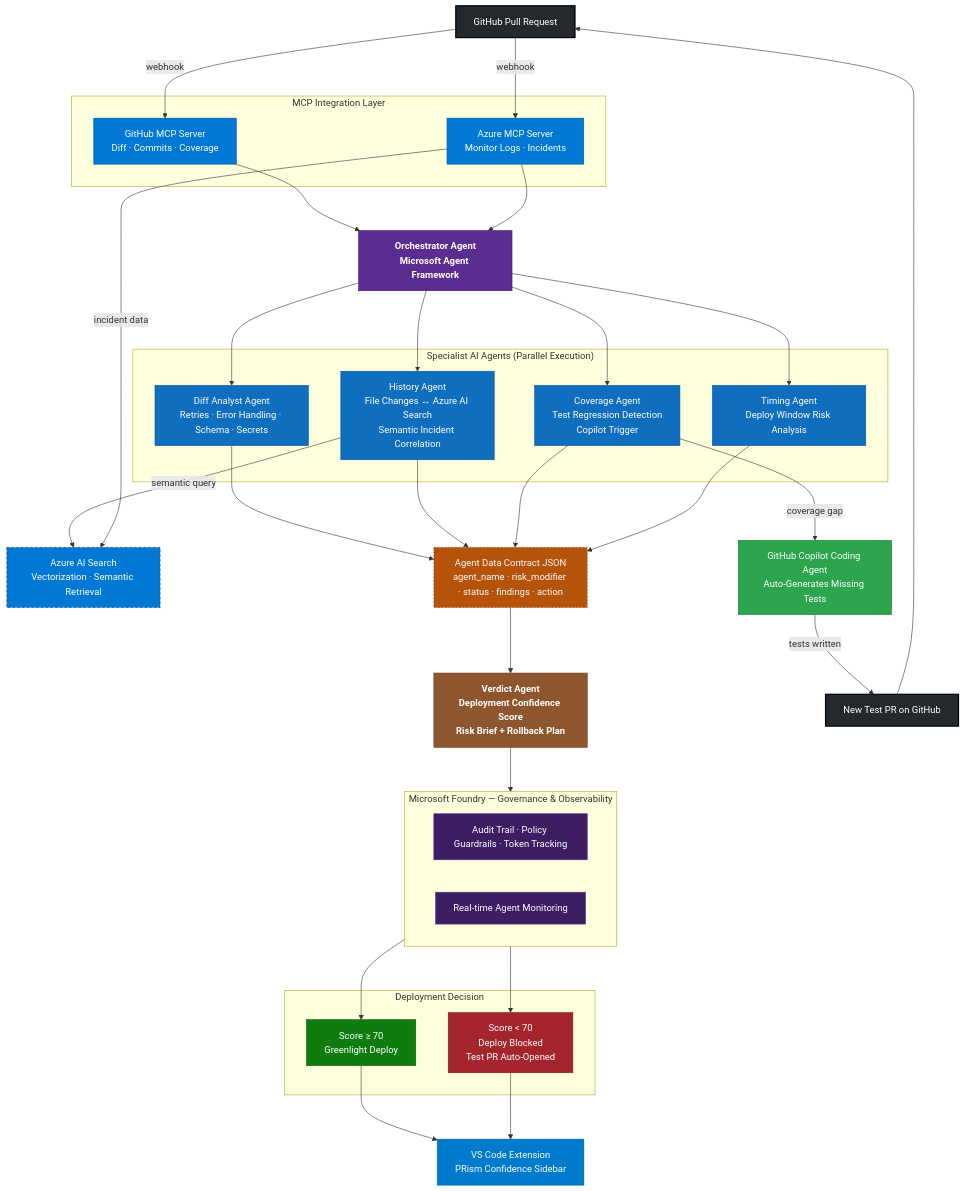
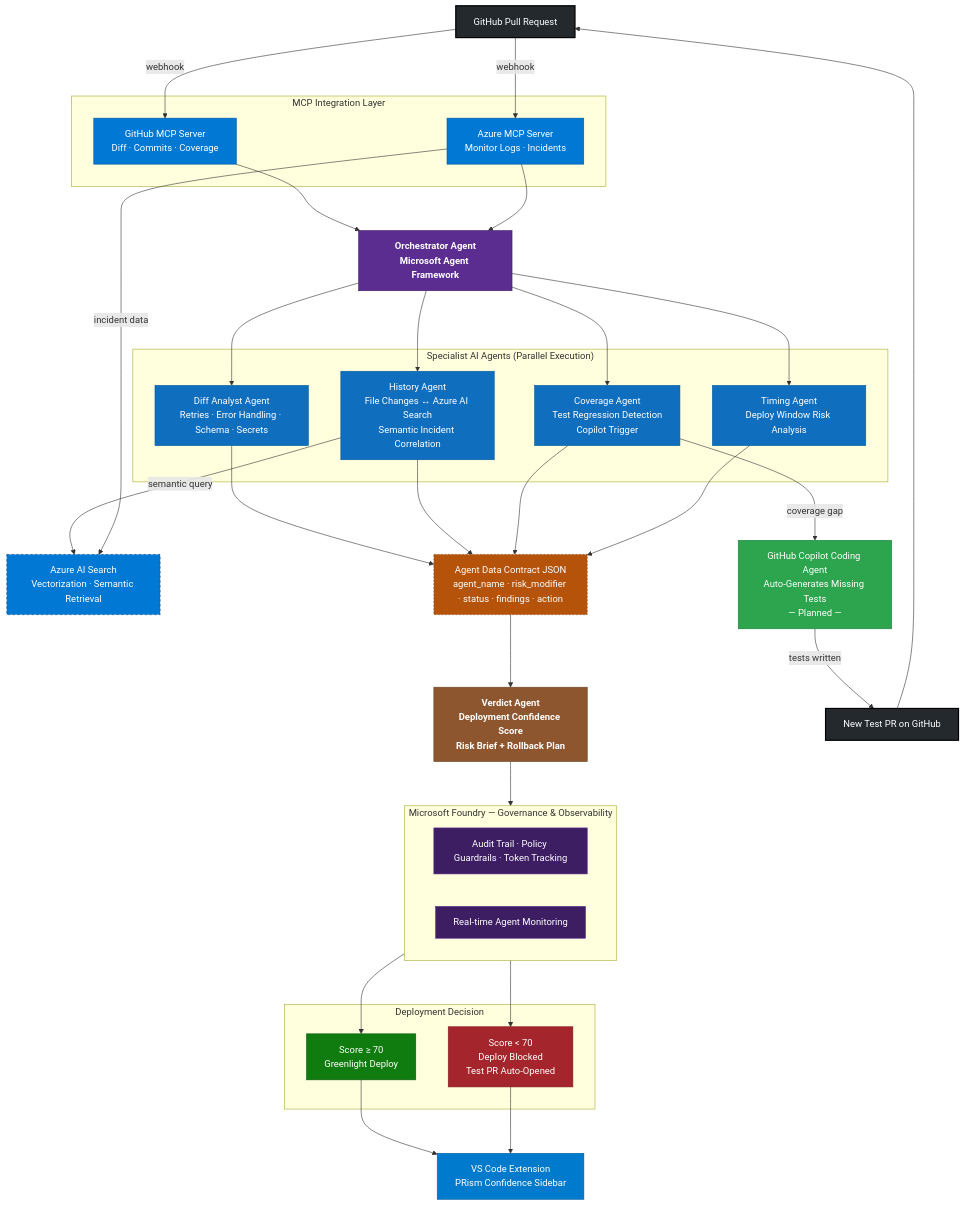
One commit to soni-ishan/PRism changed the diagram in docs/architecture.mermaid. Above: the diagram before and after it, drawn with Mermaid. The commit also changed 76 other files, not shown here.

First line of the commit message:
Enhance GitHub OAuth, Azure integration, and ingestion functionality (#77)

```diff
--- a/docs/architecture.mermaid
+++ b/docs/architecture.mermaid
@@ -1,104 +1,104 @@
 %%{init: {
   "flowchart": {
     "nodeSpacing": 55,
     "rankSpacing": 75,
     "diagramPadding": 25,
     "curve": "basis"
   }
 }}%%
 
 flowchart TD
 
     %% External Trigger
     GH[GitHub Pull Request]:::external
 
     %% MCP Layer
     subgraph MCP["MCP Integration Layer"]
         GMCP[GitHub MCP Server<br/>Diff · Commits · Coverage]:::mcp
         AMCP[Azure MCP Server<br/>Monitor Logs · Incidents]:::mcp
     end
 
     %% Orchestrator
     ORCH[Orchestrator Agent<br/>Microsoft Agent Framework]:::orchestrator
 
     %% Specialist Agents
     subgraph AGENTS["Specialist AI Agents (Parallel Execution)"]
         DA[Diff Analyst Agent<br/>Retries · Error Handling · Schema · Secrets]:::agent
         HA[History Agent<br/>File Changes ↔ Azure AI Search<br/>Semantic Incident Correlation]:::agent
         CA[Coverage Agent<br/>Test Regression Detection<br/>Copilot Trigger]:::agent
         TA[Timing Agent<br/>Deploy Window Risk Analysis]:::agent
     end
 
     %% Azure AI Search
     AIS[Azure AI Search<br/>Vectorization · Semantic Retrieval]:::azure
 
-    %% Copilot
-    COPILOT[GitHub Copilot Coding Agent<br/>Auto-Generates Missing Tests]:::copilot
+    %% Copilot (planned — not yet implemented)
+    COPILOT[GitHub Copilot Coding Agent<br/>Auto-Generates Missing Tests<br/>— Planned —]:::copilot
 
     %% Data Contract
     CONTRACT[Agent Data Contract JSON<br/>agent_name · risk_modifier · status · findings · action]:::contract
 
     %% Verdict
     VA[Verdict Agent<br/>Deployment Confidence Score<br/>Risk Brief + Rollback Plan]:::verdict
 
     %% Governance
     subgraph FOUNDRY["Microsoft Foundry — Governance & Observability"]
         GOV[Audit Trail · Policy Guardrails · Token Tracking]:::foundry
         MON[Real-time Agent Monitoring]:::foundry
     end
 
     %% Output
     subgraph OUTPUT["Deployment Decision"]
         HIGH[Score ≥ 70<br/>Greenlight Deploy]:::pass
         LOW[Score < 70<br/>Deploy Blocked<br/>Test PR Auto-Opened]:::fail
     end
 
     VSCODE[VS Code Extension<br/>PRism Confidence Sidebar]:::vscode
     NEWPR[New Test PR on GitHub]:::external
 
     %% Flow
     GH -->|webhook| GMCP
     GH -->|webhook| AMCP
 
     GMCP --> ORCH
     AMCP --> ORCH
 
     ORCH --> DA
     ORCH --> HA
     ORCH --> CA
     ORCH --> TA
 
     HA -->|semantic query| AIS
     AMCP -->|incident data| AIS
 
     CA -->|coverage gap| COPILOT
     COPILOT -->|tests written| NEWPR
     NEWPR --> GH
 
     DA --> CONTRACT
     HA --> CONTRACT
     CA --> CONTRACT
     TA --> CONTRACT
 
     CONTRACT --> VA
     VA --> FOUNDRY
 
     FOUNDRY --> HIGH
     FOUNDRY --> LOW
 
     HIGH --> VSCODE
     LOW --> VSCODE
 
     %% Styles
     classDef external fill:#24292e,stroke:#000000,color:#ffffff,stroke-width:2px
     classDef mcp fill:#0078D4,stroke:#005A9E,color:#ffffff
     classDef orchestrator fill:#5C2D91,stroke:#3D1E63,color:#ffffff,font-weight:bold
     classDef agent fill:#106EBE,stroke:#005A9E,color:#ffffff
     classDef azure fill:#0078D4,stroke:#004578,color:#ffffff,stroke-dasharray:4
     classDef copilot fill:#2DA44E,stroke:#1A7F37,color:#ffffff
     classDef contract fill:#B45309,stroke:#92400E,color:#ffffff,stroke-dasharray:3
     classDef verdict fill:#8E562E,stroke:#6B4423,color:#ffffff,font-weight:bold
     classDef foundry fill:#3D1E63,stroke:#5C2D91,color:#ffffff
     classDef pass fill:#107C10,stroke:#0B5A0B,color:#ffffff
     classDef fail fill:#A4262C,stroke:#7F1D1D,color:#ffffff
     classDef vscode fill:#007ACC,stroke:#005F9E,color:#ffffff
```
